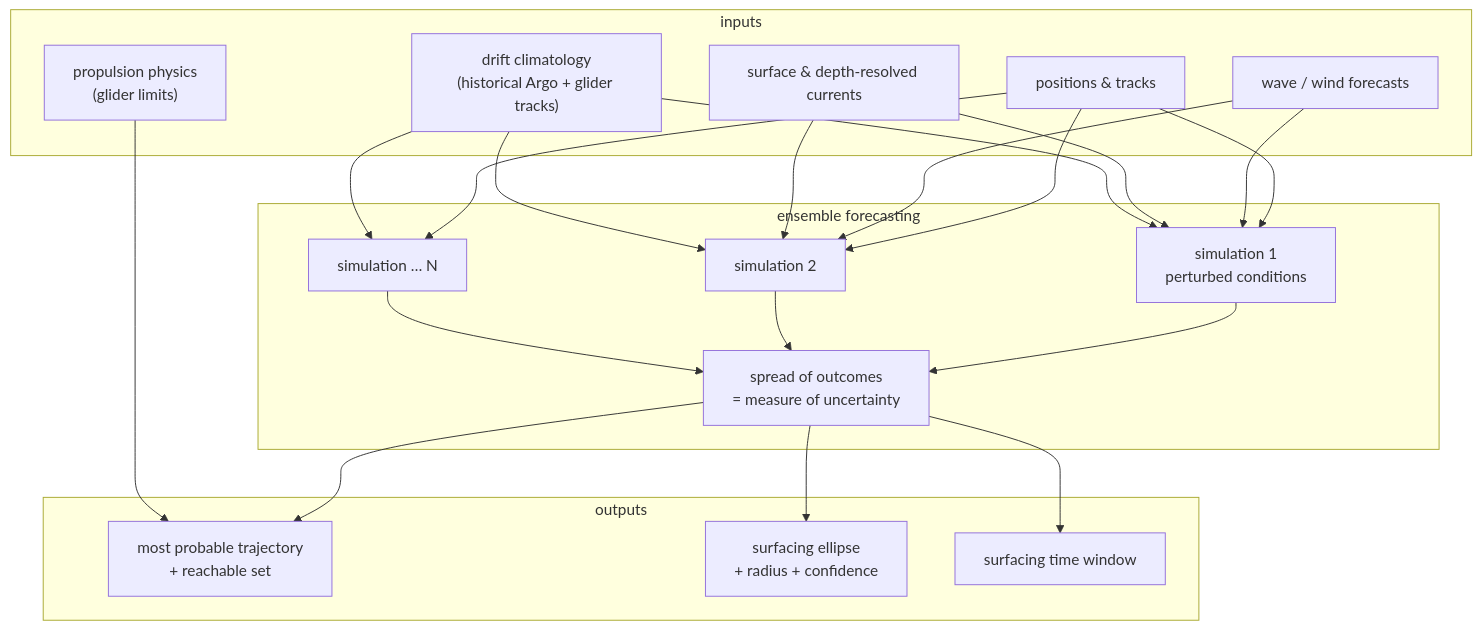
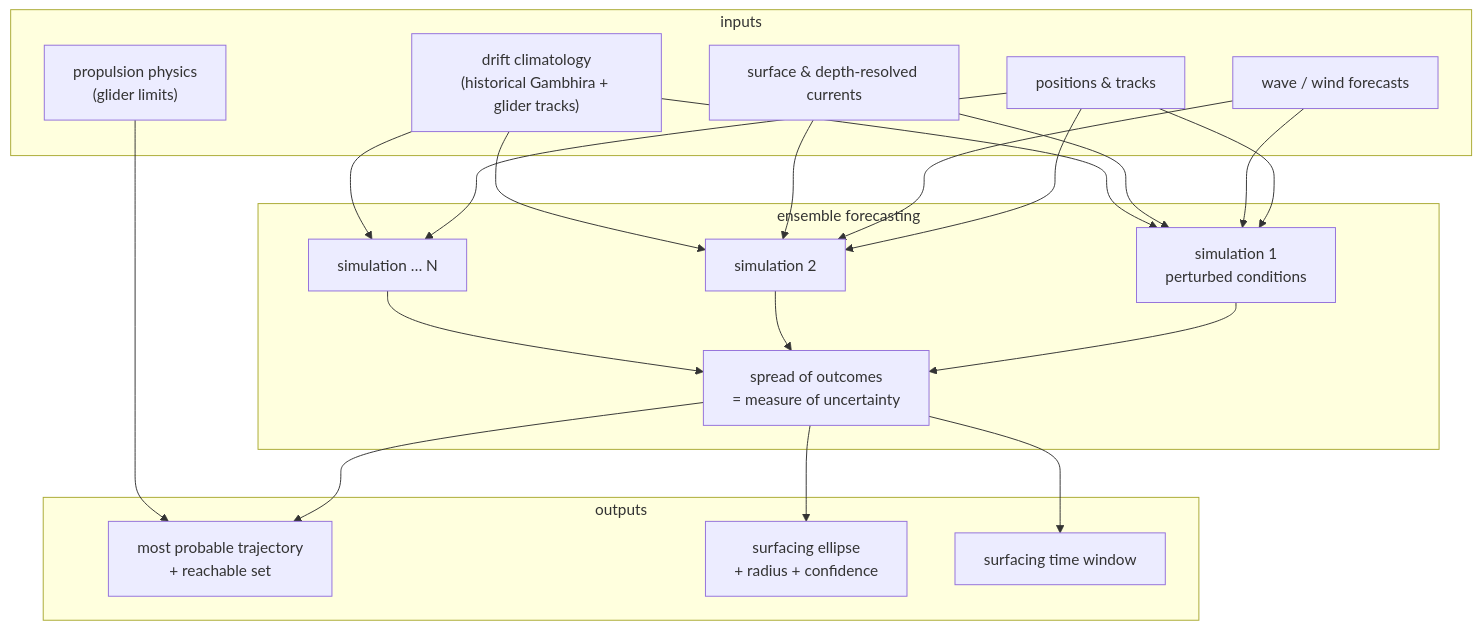
The tenth of 34 diagrams in README.md (DAnuraag/Dhakshin), drawn with Mermaid before and after one commit. The commit also changed other lines of this file, not shown here.

````diff
--- a/README.md
+++ b/README.md
@@ -1950,41 +1950,41 @@
 ```mermaid
 flowchart TB
     subgraph IN["inputs"]
         POS["positions & tracks"]
         WAV["wave / wind forecasts"]
         CUR["surface & depth-resolved currents"]
-        CLIM["drift climatology<br/>(historical Argo + glider tracks)"]
+        CLIM["drift climatology<br/>(historical Gambhira + glider tracks)"]
         PHY["propulsion physics<br/>(glider limits)"]
     end
 
     subgraph ENS["ensemble forecasting"]
         SIM1["simulation 1<br/>perturbed conditions"]
         SIM2["simulation 2"]
         SIM3["simulation … N"]
         SPR["spread of outcomes<br/>= measure of uncertainty"]
     end
 
     subgraph OUT["outputs"]
         TRAJ["most probable trajectory<br/>+ reachable set"]
         ELL["surfacing ellipse<br/>+ radius + confidence"]
         WIN["surfacing time window"]
     end
 
     POS --> SIM1
     WAV --> SIM1
     CUR --> SIM1
     POS --> SIM2
     WAV --> SIM2
     CUR --> SIM2
     POS --> SIM3
     CLIM --> SIM1
     CLIM --> SIM2
     CLIM --> SIM3
     SIM1 --> SPR
     SIM2 --> SPR
     SIM3 --> SPR
     SPR --> TRAJ
     SPR --> ELL
     SPR --> WIN
     PHY --> TRAJ
 ```
````
